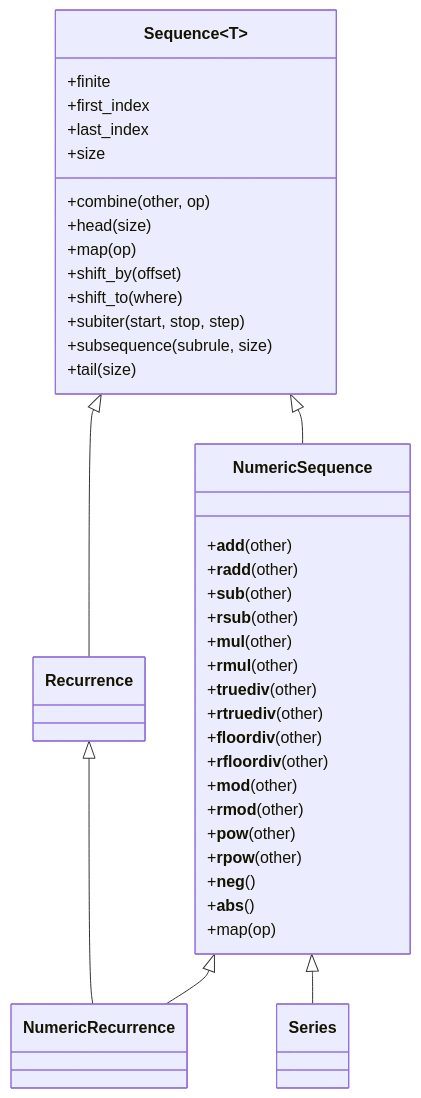
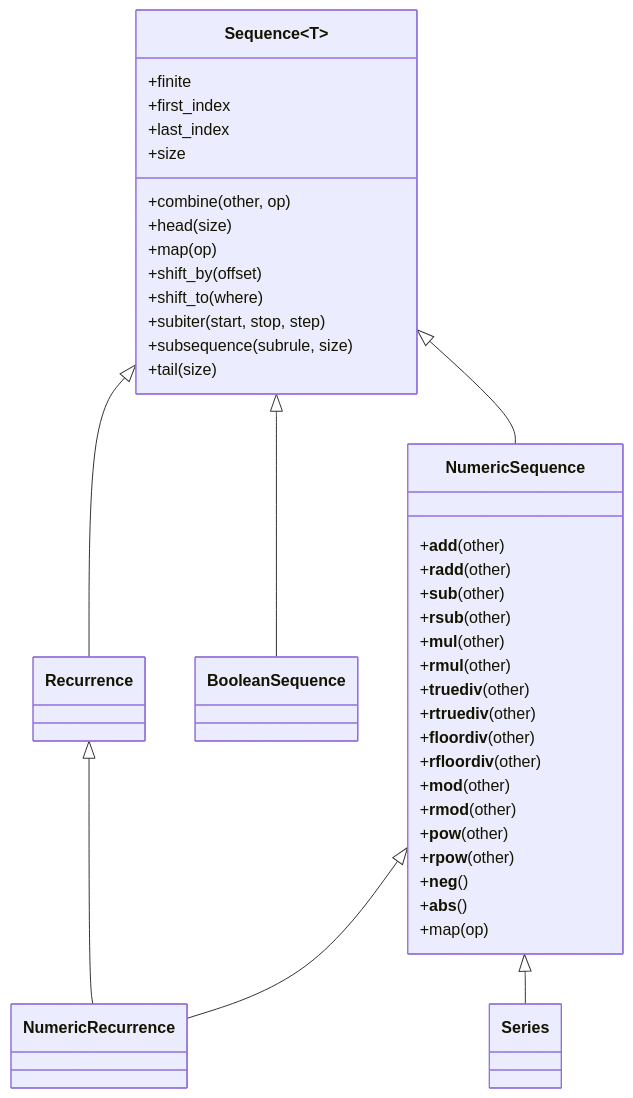
The diagram in ARCHITECTURE.md (avikpln/calculus), drawn with Mermaid before and after one commit. The commit also changed other lines of this file and 6 other files, not shown here.

First line of the commit message:
Create BooleanSequence

````diff
--- a/ARCHITECTURE.md
+++ b/ARCHITECTURE.md
@@ -8,50 +8,52 @@
 ```mermaid
 classDiagram
     class Sequence~T~ {
         %% Attributes
         +finite
         +first_index
         +last_index
         +size
 
         %% Methods
         +combine(other, op)
         +head(size)
         +map(op)
         +shift_by(offset)
         +shift_to(where)
         +subiter(start, stop, step)
         +subsequence(subrule, size)
         +tail(size)
     }
 
     class NumericSequence {
         %% Methods
         +__add__(other)
         +__radd__(other)
         +__sub__(other)
         +__rsub__(other)
         +__mul__(other)
         +__rmul__(other)
         +__truediv__(other)
         +__rtruediv__(other)
         +__floordiv__(other)
         +__rfloordiv__(other)
         +__mod__(other)
         +__rmod__(other)
         +__pow__(other)
         +__rpow__(other)
         +__neg__()
         +__abs__()
         +map(op)
     }
 
+    Sequence <|-- BooleanSequence
+
     Sequence <|-- NumericSequence
 
     Sequence <|-- Recurrence
 
     NumericSequence <|-- NumericRecurrence
     Recurrence <|-- NumericRecurrence
 
     NumericSequence <|-- Series
 ```
````
